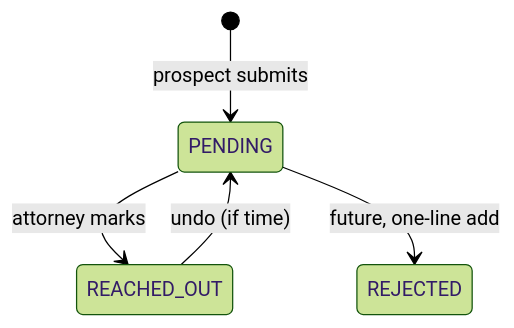
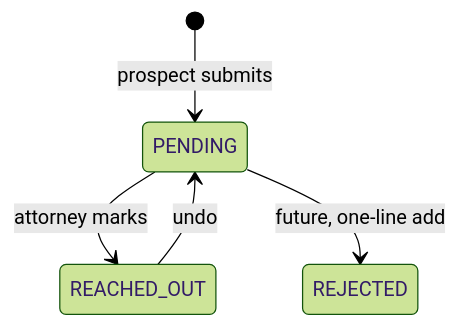
The second of 3 diagrams in docs/DESIGN.md (MaanasPeri23/alma-take-home), drawn with Mermaid (forest theme) before and after one commit. The commit also changed other lines of this file and 9 other files, not shown here.

````diff
--- a/docs/DESIGN.md
+++ b/docs/DESIGN.md
@@ -107,7 +110,7 @@
 ```mermaid
 stateDiagram-v2
   [*] --> PENDING: prospect submits
   PENDING --> REACHED_OUT: attorney marks
-  REACHED_OUT --> PENDING: undo (if time)
+  REACHED_OUT --> PENDING: undo
   PENDING --> REJECTED: future, one-line add
 ```
````
